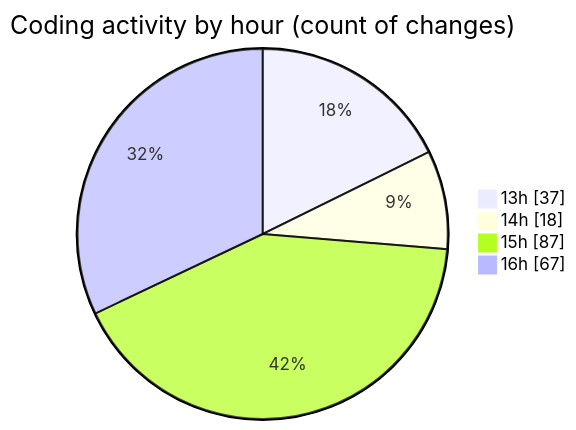
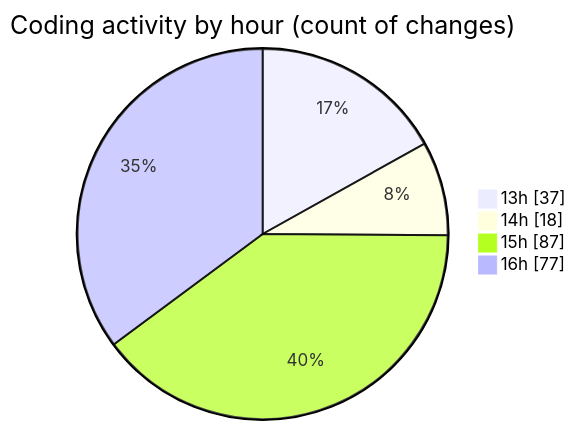
One commit to Unknowalive/code-tracking changed the second of 2 diagrams in 2026-04-11/scripting_workshop/README.md. Above: the diagram before and after it, drawn with Mermaid. The commit also changed other lines of this file and 1 other file, not shown here.

````diff
--- a/2026-04-11/scripting_workshop/README.md
+++ b/2026-04-11/scripting_workshop/README.md
@@ -65,8 +65,8 @@
 ```mermaid
 pie showData
 title Coding activity by hour (count of changes)
 "13h" : 37
 "14h" : 18
 "15h" : 87
-"16h" : 67
+"16h" : 77
 ```
````
